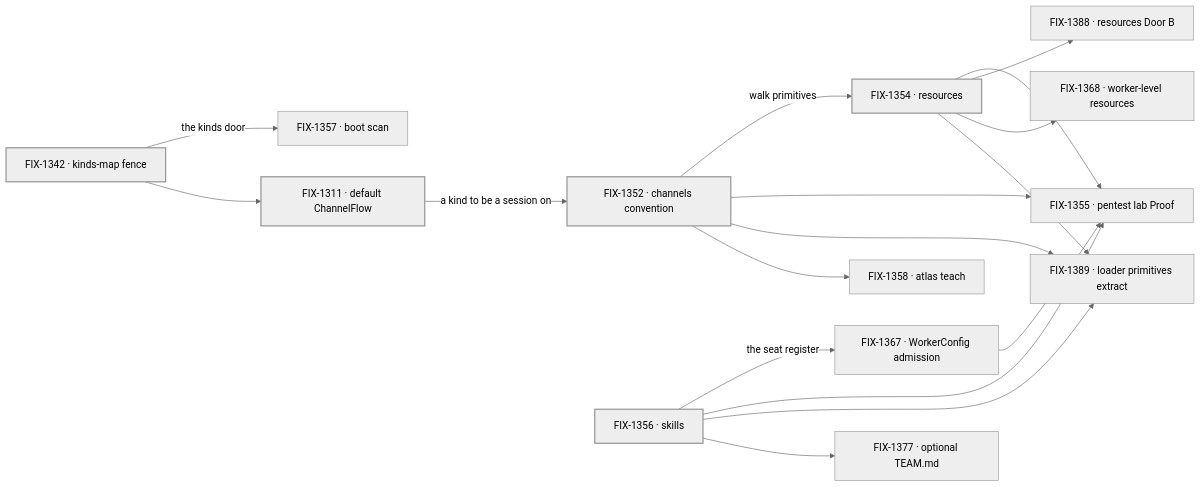
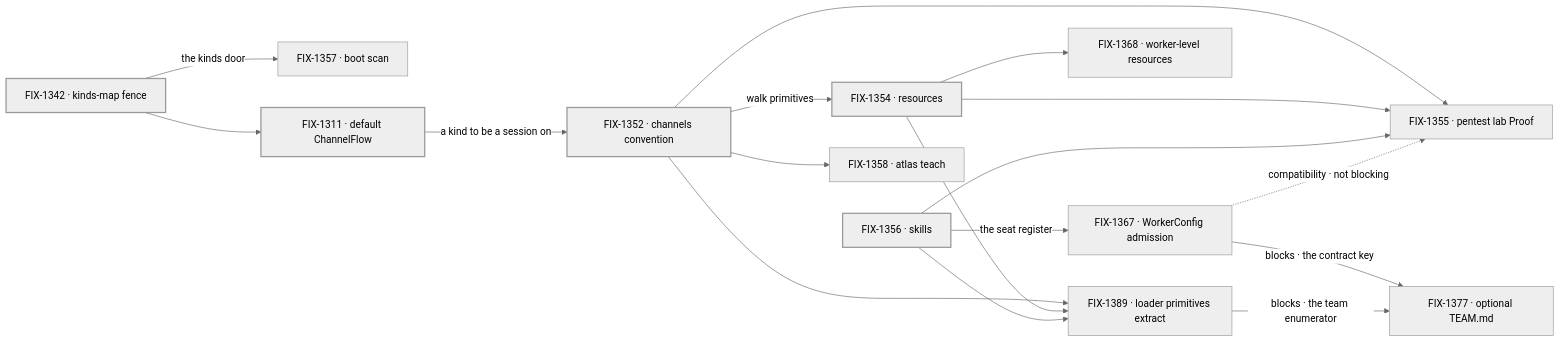
Before and after one commit to fixpoint-labs/flow-state-dev: the diagram in spec/_epics/file-convention-surface/SPEC.md, drawn with Mermaid (neutral theme). The commit also changed other lines of this file and 4 other files, not shown here.

````diff
--- a/spec/_epics/file-convention-surface/SPEC.md
+++ b/spec/_epics/file-convention-surface/SPEC.md
@@ -70,21 +84,21 @@
 ```mermaid
 flowchart LR
   K["FIX-1342 · kinds-map fence"] -->|"the kinds door"| SCAN["FIX-1357 · boot scan"]
   K --> CF["FIX-1311 · default ChannelFlow"]
   CF -->|"a kind to be a session on"| CH["FIX-1352 · channels convention"]
   CH -->|"walk primitives"| RES["FIX-1354 · resources"]
   SK["FIX-1356 · skills"] -->|"the seat register"| CFG["FIX-1367 · WorkerConfig admission"]
   CH --> LAB["FIX-1355 · pentest lab Proof"]
   RES --> LAB
   SK --> LAB
-  CFG --> LAB
-  RES --> DB["FIX-1388 · resources Door B"]
+  CFG -.->|"compatibility · not blocking"| LAB
   RES --> WR["FIX-1368 · worker-level resources"]
   CH --> EX["FIX-1389 · loader primitives extract"]
   RES --> EX
   SK --> EX
   CH --> ATL["FIX-1358 · atlas teach"]
-  SK --> TEAM["FIX-1377 · optional TEAM.md"]
+  CFG -->|"blocks · the contract key"| TEAM["FIX-1377 · optional TEAM.md"]
+  EX -->|"blocks · the team enumerator"| TEAM
   classDef done stroke-width:2px
   class K,CF,CH,RES,SK done
 ```
````
